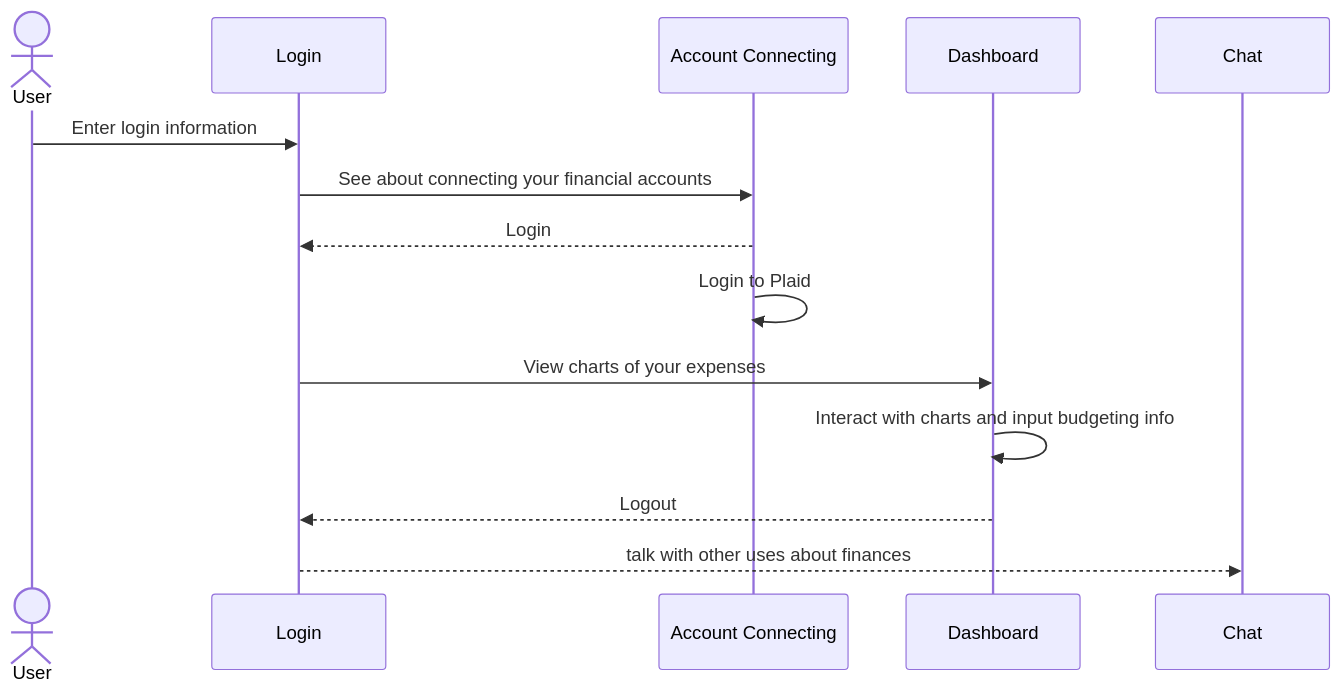
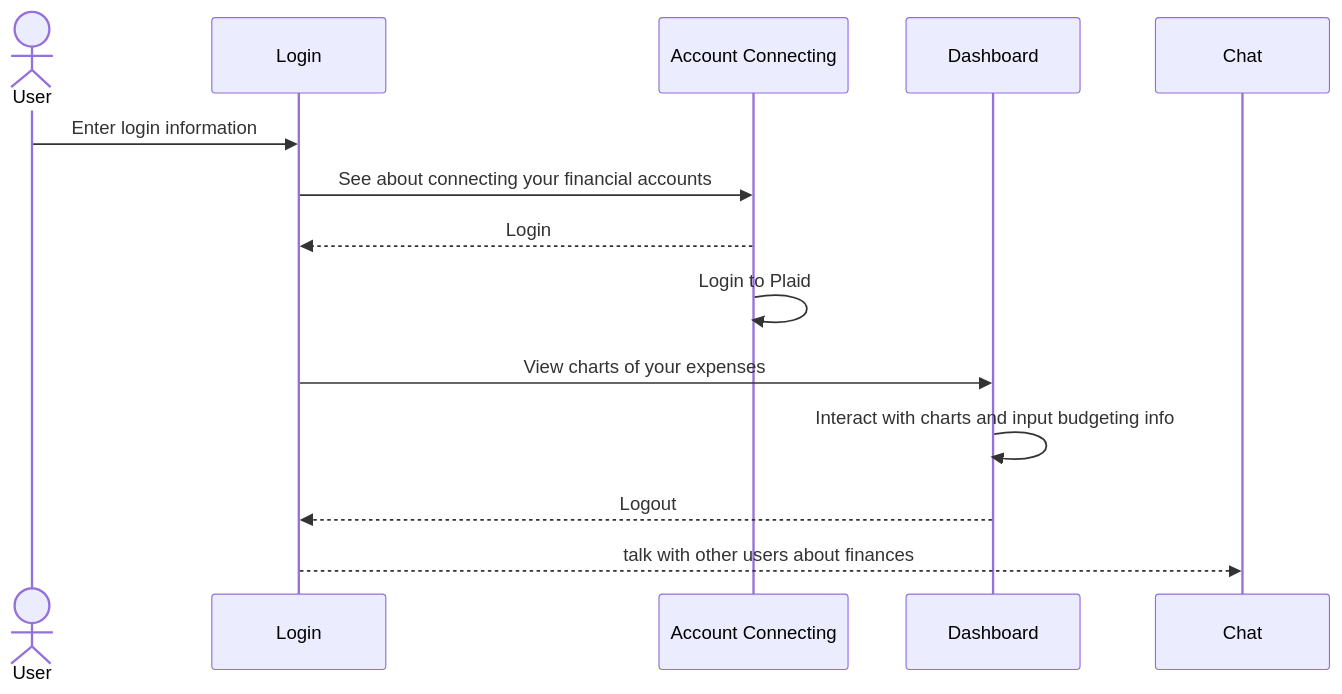
Before and after one commit to dan4chap/startup: the diagram in README.md, drawn with Mermaid.

````diff
--- a/README.md
+++ b/README.md
@@ -37,12 +37,12 @@
 ```mermaid
 sequenceDiagram
     actor User
     User->>Login: Enter login information
     Login->>Account Connecting: See about connecting your financial accounts
     Account Connecting-->>Login: Login
     Account Connecting->>Account Connecting: Login to Plaid
     Login->>Dashboard: View charts of your expenses
     Dashboard->>Dashboard: Interact with charts and input budgeting info
     Dashboard-->>Login: Logout
-    Login-->>Chat: talk with other uses about finances
+    Login-->>Chat: talk with other users about finances
 ```
````
